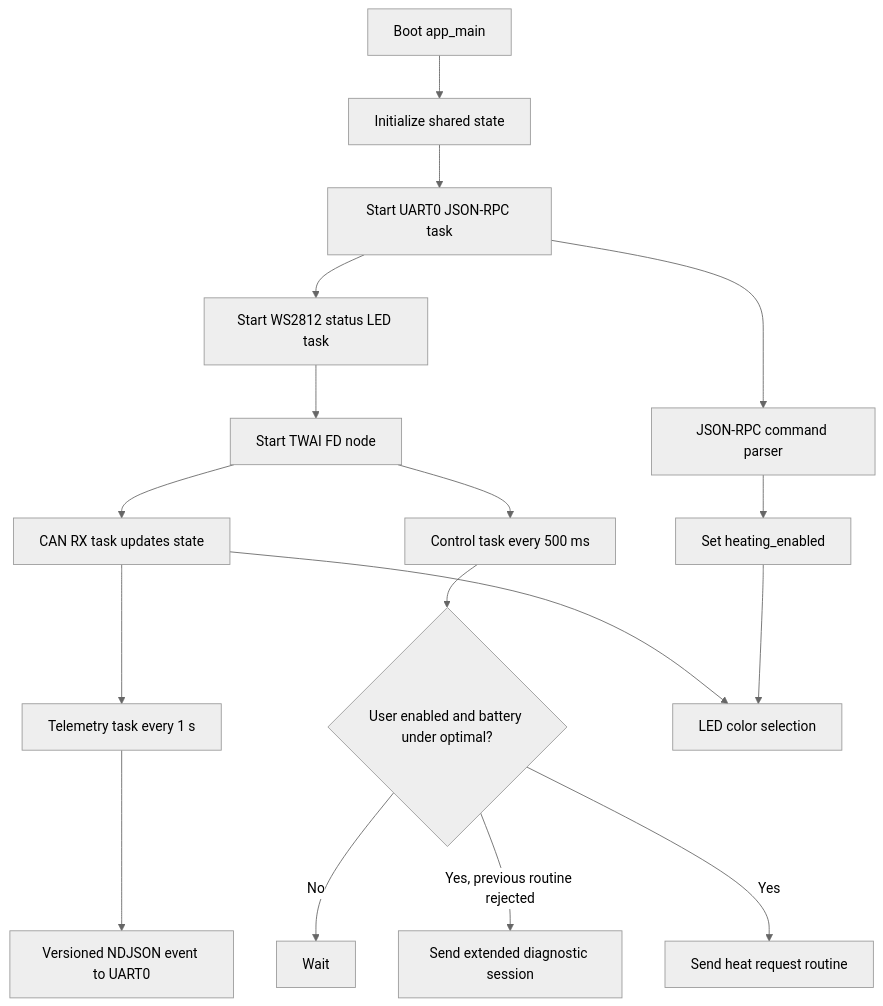
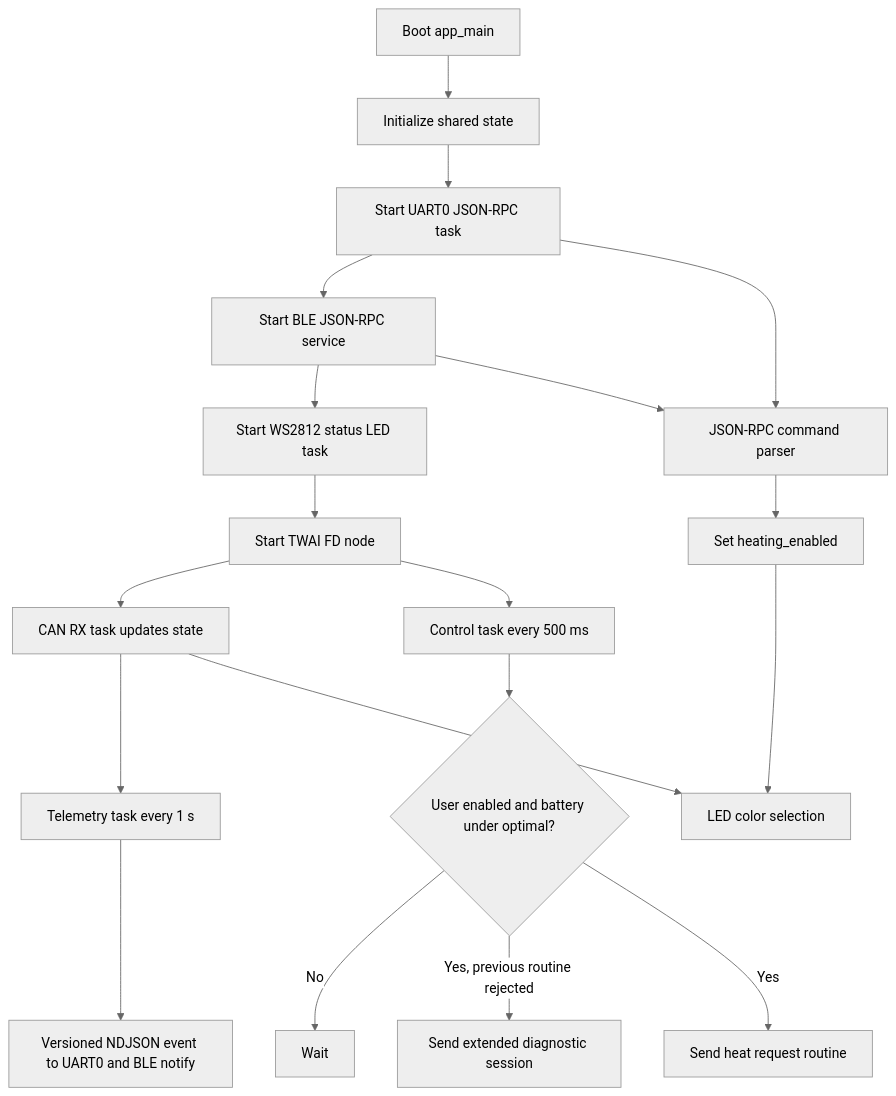
The first of 3 diagrams in SOFTWARE.md (are2/meb-commander), drawn with Mermaid (neutral theme) before and after one commit. The commit also changed other lines of this file and 8 other files, not shown here.

````diff
--- a/SOFTWARE.md
+++ b/SOFTWARE.md
@@ -9,19 +9,21 @@
 ```mermaid
 flowchart TD
     Boot[Boot app_main] --> State[Initialize shared state]
     State --> Serial[Start UART0 JSON-RPC task]
-    Serial --> LED[Start WS2812 status LED task]
+    Serial --> BLE[Start BLE JSON-RPC service]
+    BLE --> LED[Start WS2812 status LED task]
     LED --> CAN[Start TWAI FD node]
     CAN --> RX[CAN RX task updates state]
     CAN --> Control[Control task every 500 ms]
     Serial --> Commands[JSON-RPC command parser]
+    BLE --> Commands
     Commands --> UserEnable[Set heating_enabled]
     Control --> Decision{User enabled and battery under optimal?}
     Decision -->|No| Wait[Wait]
     Decision -->|Yes, previous routine rejected| Diag[Send extended diagnostic session]
     Decision -->|Yes| Heat[Send heat request routine]
     RX --> Telemetry[Telemetry task every 1 s]
-    Telemetry --> SerialOut[Versioned NDJSON event to UART0]
+    Telemetry --> SerialOut[Versioned NDJSON event to UART0 and BLE notify]
     RX --> LEDState[LED color selection]
     UserEnable --> LEDState
 ```
````
